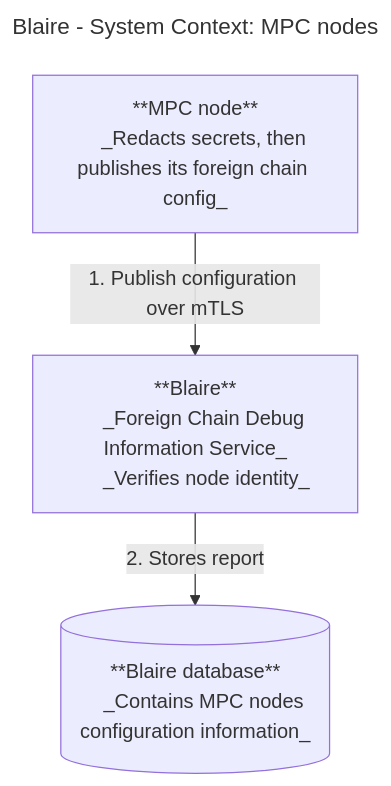
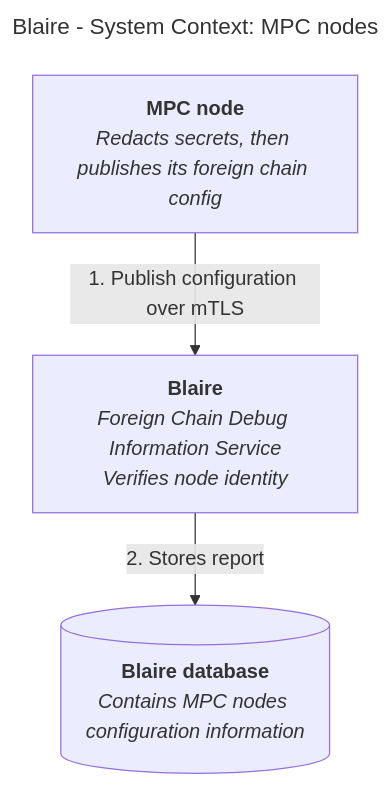
One commit to near/mpc changed the first of 2 diagrams in docs/design/debug-information-service-blaire.md. Above: the diagram before and after it, drawn with Mermaid. The commit also changed other lines of this file, not shown here.

````diff
--- a/docs/design/debug-information-service-blaire.md
+++ b/docs/design/debug-information-service-blaire.md
@@ -28,22 +28,22 @@
 ```mermaid
 ---
 title: "Blaire - System Context: MPC nodes"
 ---
 flowchart TD
-    BL["**Blaire**
+    BL["`**Blaire**
     _Foreign Chain Debug Information Service_
-    _Verifies node identity_"]
+    _Verifies node identity_`"]
 
-    MPC["**MPC node**
-    _Redacts secrets, then publishes its foreign chain config_"]
+    MPC["`**MPC node**
+    _Redacts secrets, then publishes its foreign chain config_`"]
 
-    DB["**Blaire database**
-    _Contains MPC nodes configuration information_"]
+    DB["`**Blaire database**
+    _Contains MPC nodes configuration information_`"]
 
     MPC -->|"1. Publish configuration over mTLS"| BL
     BL -->|"2. Stores report"| DB
 
     BL@{ shape: proc}
     MPC@{ shape: proc}
     DB@{ shape: db}
 ```
````
